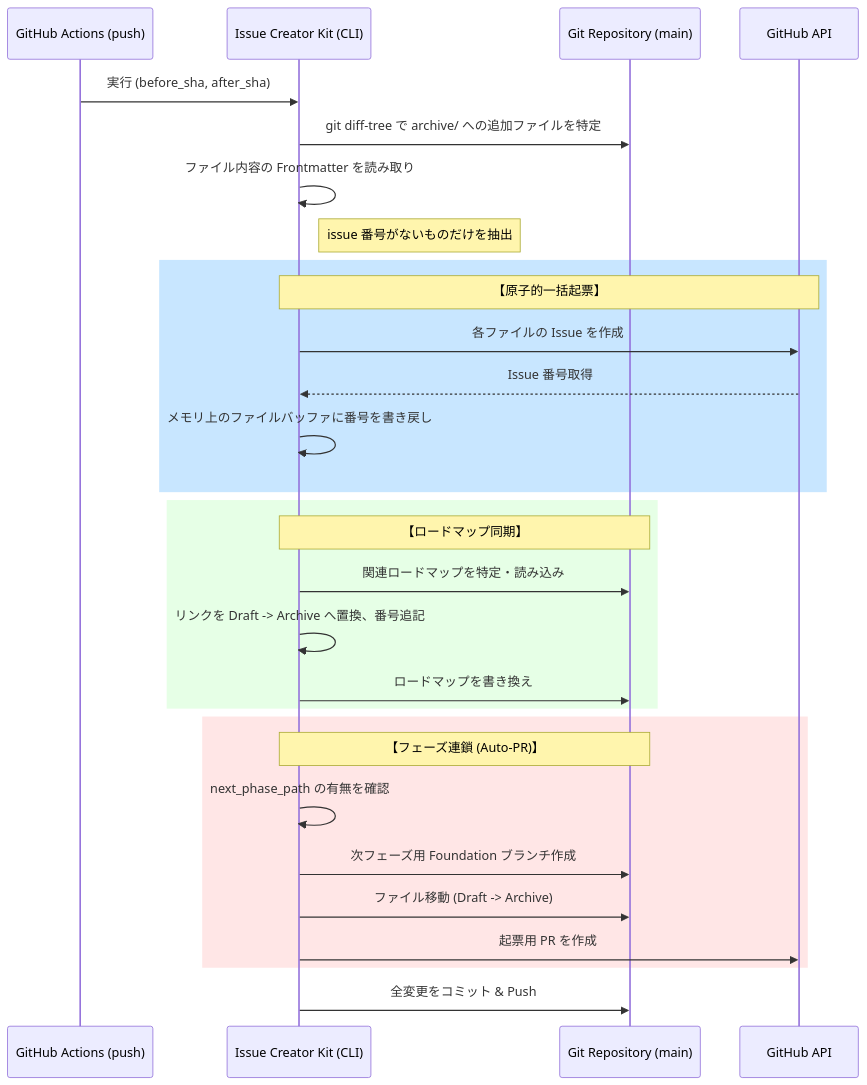
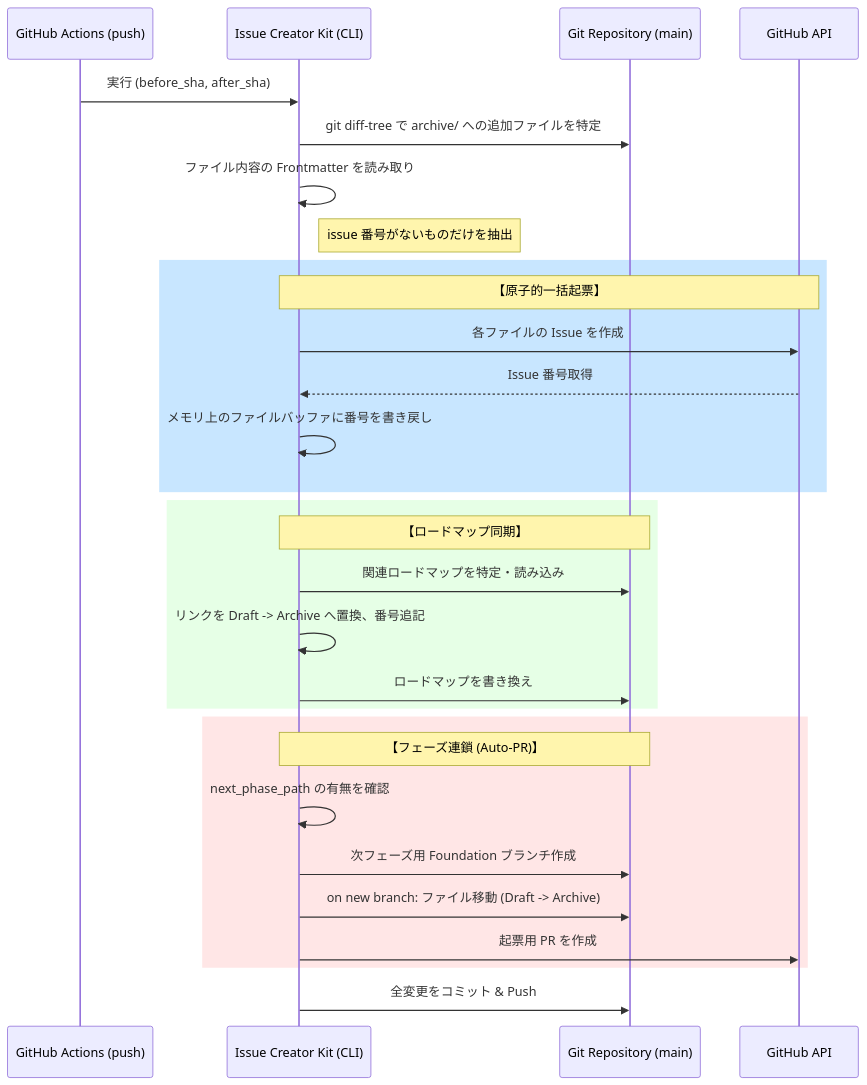
One commit to masa-codehub/issue_creator_kit changed the diagram in reqs/design/_inbox/design-003-logic.md. Above: the diagram before and after it, drawn with Mermaid. The commit also changed other lines of this file, not shown here.

````diff
--- a/reqs/design/_inbox/design-003-logic.md
+++ b/reqs/design/_inbox/design-003-logic.md
@@ -26,36 +26,36 @@
 ```mermaid
 sequenceDiagram
     participant GitHub as GitHub Actions (push)
     participant ICK as Issue Creator Kit (CLI)
     participant Repo as Git Repository (main)
     participant API as GitHub API
 
     GitHub->>ICK: 実行 (before_sha, after_sha)
     ICK->>Repo: git diff-tree で archive/ への追加ファイルを特定
     ICK->>ICK: ファイル内容の Frontmatter を読み取り
     Note right of ICK: issue 番号がないものだけを抽出
 
     rect rgb(200, 230, 255)
         Note over ICK, API: 【原子的一括起票】
         ICK->>API: 各ファイルの Issue を作成
         API-->>ICK: Issue 番号取得
         ICK->>ICK: メモリ上のファイルバッファに番号を書き戻し
     end
 
     rect rgb(230, 255, 230)
         Note over ICK, Repo: 【ロードマップ同期】
         ICK->>Repo: 関連ロードマップを特定・読み込み
         ICK->>ICK: リンクを Draft -> Archive へ置換、番号追記
         ICK->>Repo: ロードマップを書き換え
     end
 
     rect rgb(255, 230, 230)
         Note over ICK, Repo: 【フェーズ連鎖 (Auto-PR)】
         ICK->>ICK: next_phase_path の有無を確認
         ICK->>Repo: 次フェーズ用 Foundation ブランチ作成
-        ICK->>Repo: ファイル移動 (Draft -> Archive)
+        ICK->>Repo: on new branch: ファイル移動 (Draft -> Archive)
         ICK->>API: 起票用 PR を作成
     end
 
     ICK->>Repo: 全変更をコミット & Push
 ```
````
